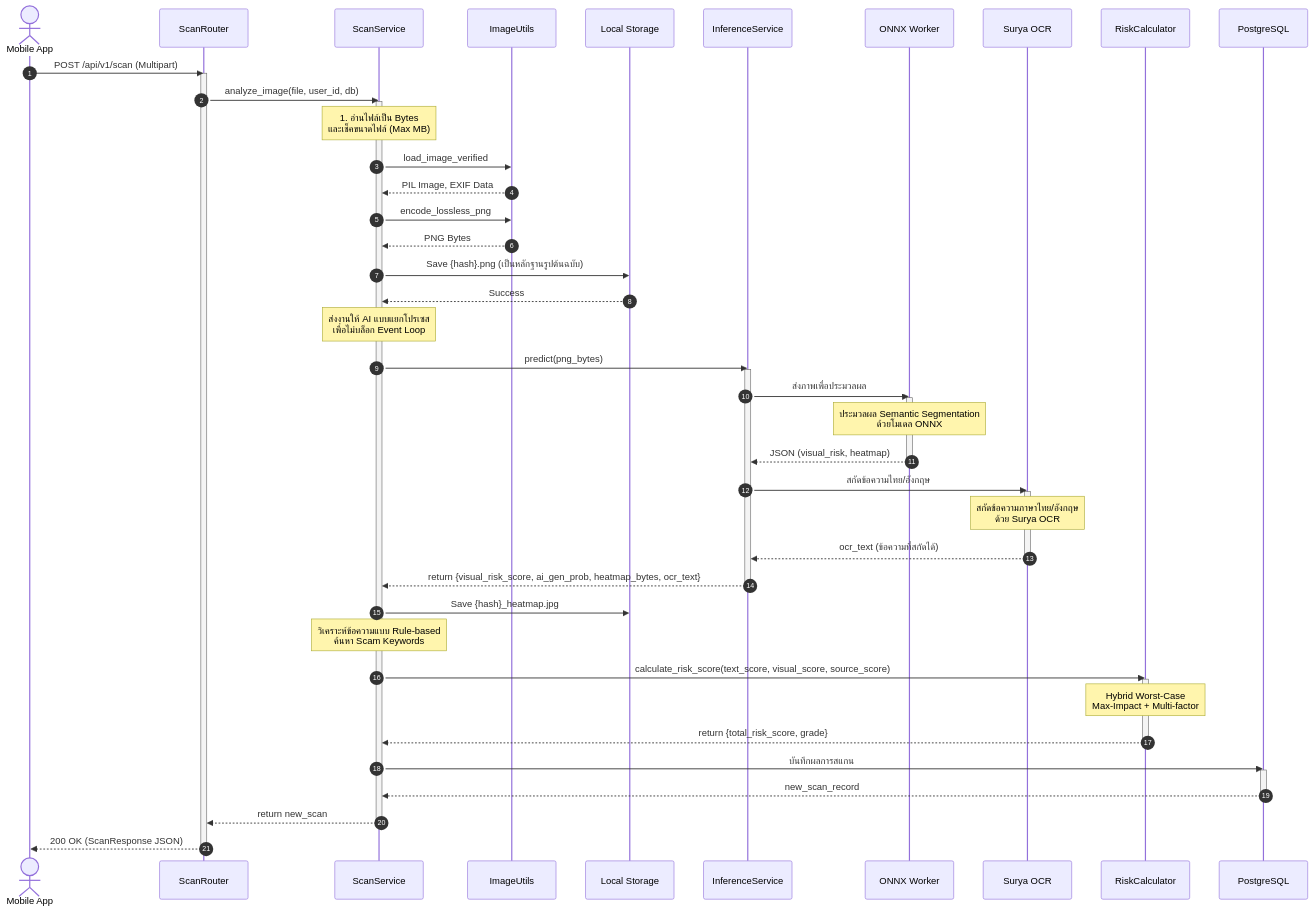
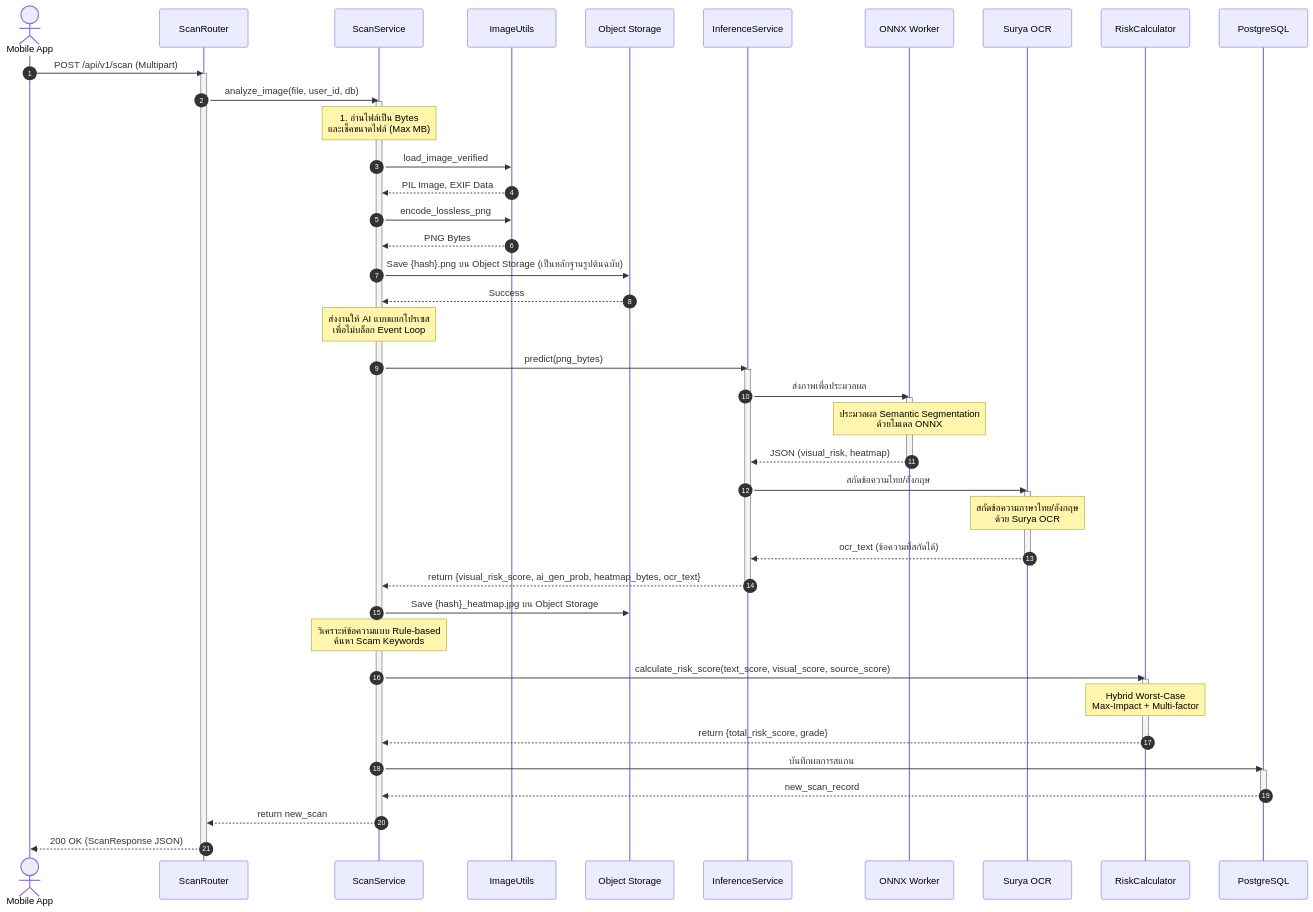
The fourth of 4 diagrams in Document/docs/03_Software_Architecture.md (Panuwat-ta/project), drawn with Mermaid before and after one commit. The commit also changed other lines of this file and 90 other files, not shown here.

````diff
--- a/Document/docs/03_Software_Architecture.md
+++ b/Document/docs/03_Software_Architecture.md
@@ -674,77 +676,77 @@
 ```mermaid
 sequenceDiagram
     autonumber
     
     actor Client as Mobile App
     participant Router as ScanRouter
     participant Service as ScanService
     participant Utils as ImageUtils
-    participant FS as Local Storage
+    participant FS as Object Storage
     participant Inference as InferenceService
     participant ONNX as ONNX Worker
     participant OCR as Surya OCR
     participant RiskCalc as RiskCalculator
     participant DB as PostgreSQL
 
     Client->>Router: POST /api/v1/scan (Multipart)
     
     activate Router
     Router->>Service: analyze_image(file, user_id, db)
     
     activate Service
     Note over Service: 1. อ่านไฟล์เป็น Bytes<br>และเช็คขนาดไฟล์ (Max MB)
     
     Service->>Utils: load_image_verified
     Utils-->>Service: PIL Image, EXIF Data
     
     Service->>Utils: encode_lossless_png
     Utils-->>Service: PNG Bytes
     
-    Service->>FS: Save {hash}.png (เป็นหลักฐานรูปต้นฉบับ)
+    Service->>FS: Save {hash}.png บน Object Storage (เป็นหลักฐานรูปต้นฉบับ)
     FS-->>Service: Success
     
     Note over Service: ส่งงานให้ AI แบบแยกโปรเซส<br>เพื่อไม่บล็อก Event Loop
     Service->>Inference: predict(png_bytes)
     
     activate Inference
     
     %% SegFormer Processing
     Inference->>ONNX: ส่งภาพเพื่อประมวลผล
     activate ONNX
     Note over ONNX: ประมวลผล Semantic Segmentation<br>ด้วยโมเดล ONNX
     ONNX-->>Inference: JSON (visual_risk, heatmap)
     deactivate ONNX
     
     %% OCR Processing
     Inference->>OCR: สกัดข้อความไทย/อังกฤษ
     activate OCR
     Note over OCR: สกัดข้อความภาษาไทย/อังกฤษ<br>ด้วย Surya OCR
     OCR-->>Inference: ocr_text (ข้อความที่สกัดได้)
     deactivate OCR
     
     Inference-->>Service: return {visual_risk_score, ai_gen_prob, heatmap_bytes, ocr_text}
     deactivate Inference
     
-    Service->>FS: Save {hash}_heatmap.jpg
+    Service->>FS: Save {hash}_heatmap.jpg บน Object Storage
     
     Note over Service: วิเคราะห์ข้อความแบบ Rule-based<br>ค้นหา Scam Keywords
     
     %% Risk Calculation
     Service->>RiskCalc: calculate_risk_score(text_score, visual_score, source_score)
     activate RiskCalc
     Note over RiskCalc: Hybrid Worst-Case<br>Max-Impact + Multi-factor
     RiskCalc-->>Service: return {total_risk_score, grade}
     deactivate RiskCalc
     
     %% DB Persistence
     Service->>DB: บันทึกผลการสแกน
     activate DB
     DB-->>Service: new_scan_record
     deactivate DB
     
     Service-->>Router: return new_scan
     deactivate Service
     
     Router-->>Client: 200 OK (ScanResponse JSON)
     deactivate Router
 ```
````
